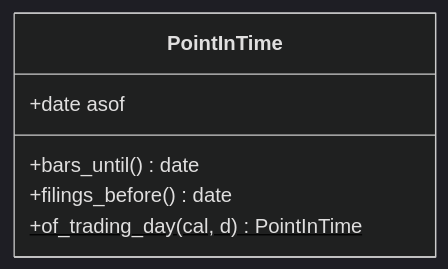
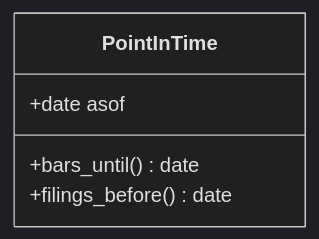
One commit to HoyoungParkme/quant-rebalance-bot changed the second of 17 diagrams in docs/specs/06-DOM/QBOT-DOM-002.md. Above: the diagram before and after it, drawn with Mermaid (dark theme). The commit also changed other lines of this file, not shown here.

````diff
--- a/docs/specs/06-DOM/QBOT-DOM-002.md
+++ b/docs/specs/06-DOM/QBOT-DOM-002.md
@@ -108,9 +116,8 @@
 ```mermaid
 classDiagram
   class PointInTime {
     +date asof
     +bars_until() date
     +filings_before() date
-    +of_trading_day(cal, d)$ PointInTime
   }
 ```
````
